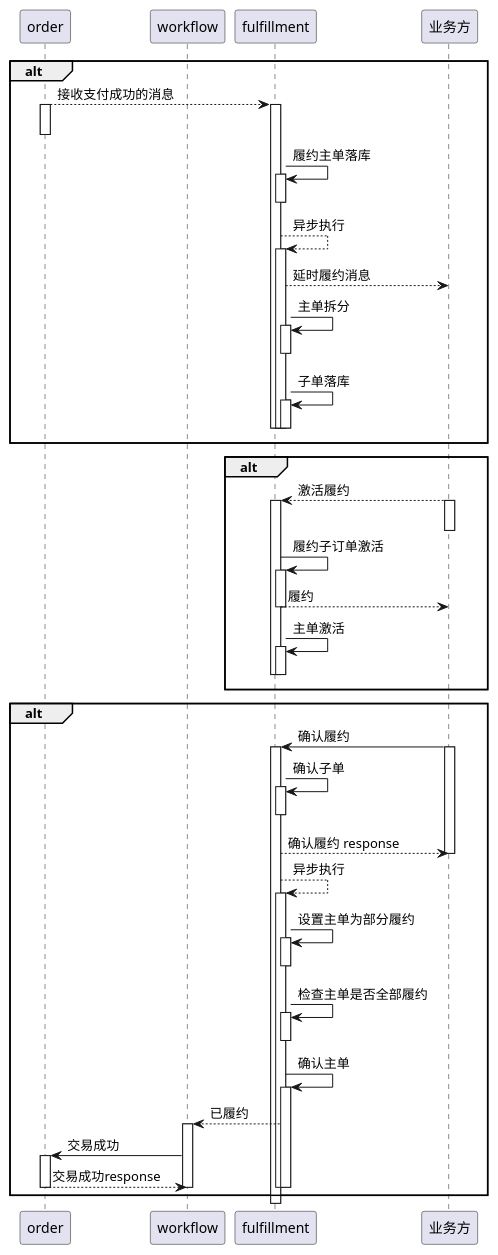
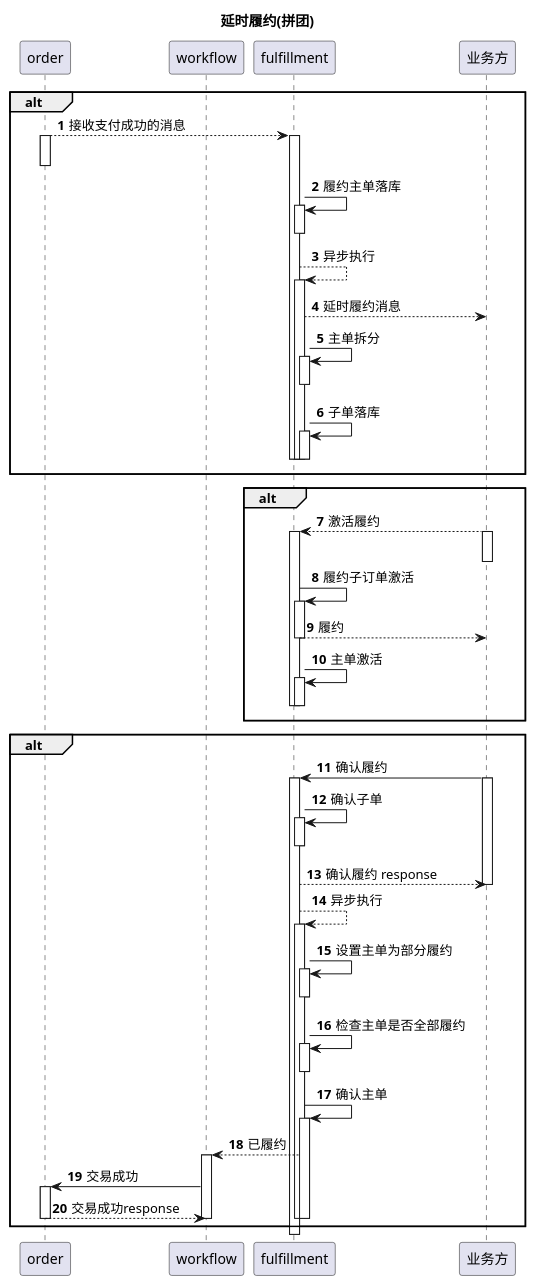
The diagram in UMLDemo/src/main/uml/拼团.puml (avords/lmmDemo), drawn with PlantUML before and after one commit. The commit also changed 4 other files, not shown here.

```diff
--- a/UMLDemo/src/main/uml/拼团.puml
+++ b/UMLDemo/src/main/uml/拼团.puml
@@ -1,85 +1,87 @@
 @startuml
+title 延时履约(拼团)
+autonumber
 participant order
 participant workflow
 participant fulfillment
 participant 业务方
 
 alt
 order --> fulfillment:接收支付成功的消息
 activate order
 deactivate order
 
 activate fulfillment
 fulfillment -> fulfillment:履约主单落库
 activate fulfillment
 deactivate fulfillment
 fulfillment --> fulfillment:异步执行
 activate fulfillment
 fulfillment --> 业务方:延时履约消息
 
 fulfillment -> fulfillment:主单拆分
 activate fulfillment
 deactivate fulfillment
 
 fulfillment -> fulfillment:子单落库
 activate fulfillment
 deactivate fulfillment
 
 deactivate fulfillment
 deactivate fulfillment
 end
 
 alt
 业务方-->fulfillment:激活履约
 activate 业务方
 deactivate 业务方
 
 activate fulfillment
 
 fulfillment -> fulfillment:履约子订单激活
 activate fulfillment
 fulfillment --> 业务方:履约
 deactivate fulfillment
 
 fulfillment -> fulfillment:主单激活
 activate fulfillment
 deactivate fulfillment
 deactivate fulfillment
 end
 
 alt
 业务方 -> fulfillment:确认履约
 activate 业务方
 activate fulfillment
 
 fulfillment -> fulfillment:确认子单
 activate fulfillment
 deactivate fulfillment
 fulfillment --> 业务方:确认履约 response
 deactivate 业务方
 
 fulfillment --> fulfillment:异步执行
 activate fulfillment
 fulfillment -> fulfillment:设置主单为部分履约
 activate fulfillment
 deactivate fulfillment
 
 fulfillment -> fulfillment:检查主单是否全部履约
 activate fulfillment
 deactivate fulfillment
 
 fulfillment -> fulfillment:确认主单
 activate fulfillment
 fulfillment-->workflow:已履约
 activate workflow
 workflow -> order:交易成功
 activate order
 order-->workflow:交易成功response
 deactivate order
 deactivate workflow
 deactivate fulfillment
 
 deactivate fulfillment
 end
 
 @enduml
```
